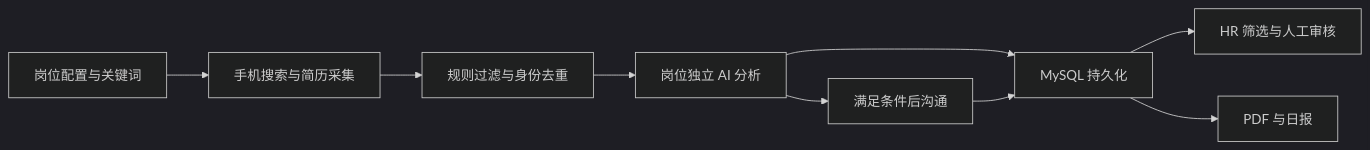
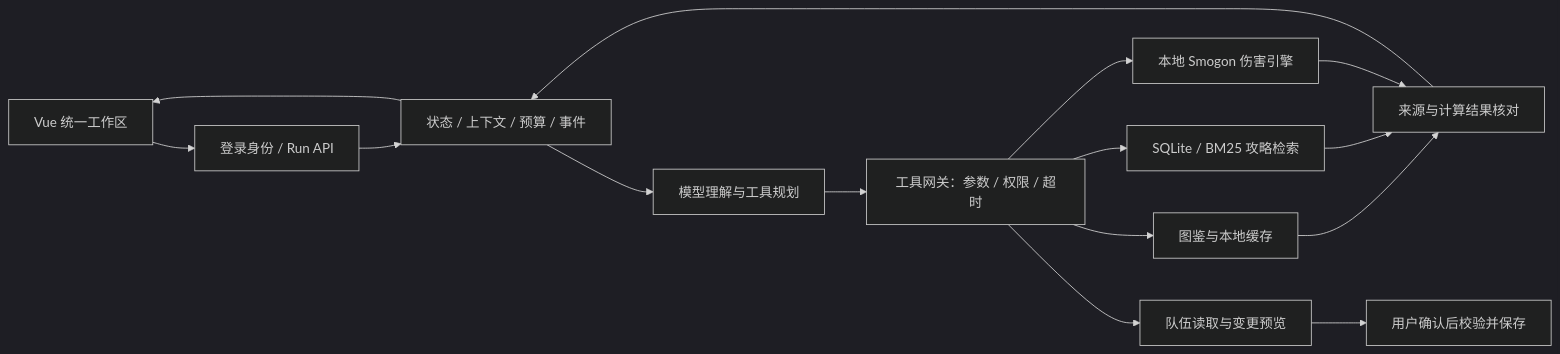
Before and after one commit to vioabio/AI-Agent: the diagram in README.md, drawn with Mermaid (dark theme). The commit also changed other lines of this file and 4293 other files, not shown here.

````diff
--- a/README.md
+++ b/README.md
@@ -27,11 +24,17 @@
 ```mermaid
 flowchart LR
-    A[岗位配置与关键词] --> B[手机搜索与简历采集]
-    B --> C[规则过滤与身份去重]
-    C --> D[岗位独立 AI 分析]
-    D --> E[MySQL 持久化]
-    E --> F[HR 筛选与人工审核]
-    E --> G[PDF 与日报]
-    D --> H[满足条件后沟通]
-    H --> E
+    UI[Vue 统一工作区] --> API[登录身份 / Run API]
+    API --> RUN[状态 / 上下文 / 预算 / 事件]
+    RUN --> MODEL[模型理解与工具规划]
+    MODEL --> GW[工具网关：参数 / 权限 / 超时]
+    GW --> DATA[图鉴与本地缓存]
+    GW --> RAG[SQLite / BM25 攻略检索]
+    GW --> CALC[本地 Smogon 伤害引擎]
+    GW --> TEAM[队伍读取与变更预览]
+    TEAM --> CONFIRM[用户确认后校验并保存]
+    DATA --> CHECK[来源与计算结果核对]
+    RAG --> CHECK
+    CALC --> CHECK
+    CHECK --> RUN
+    RUN --> UI
 ```
````
